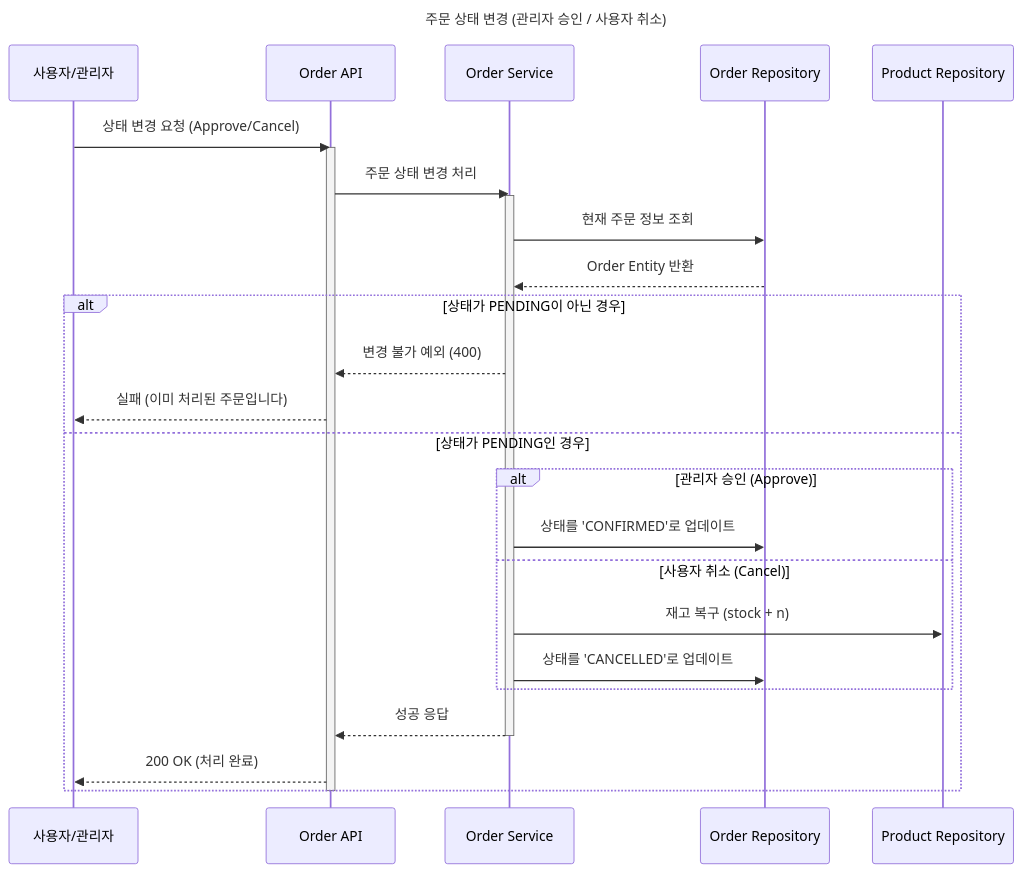
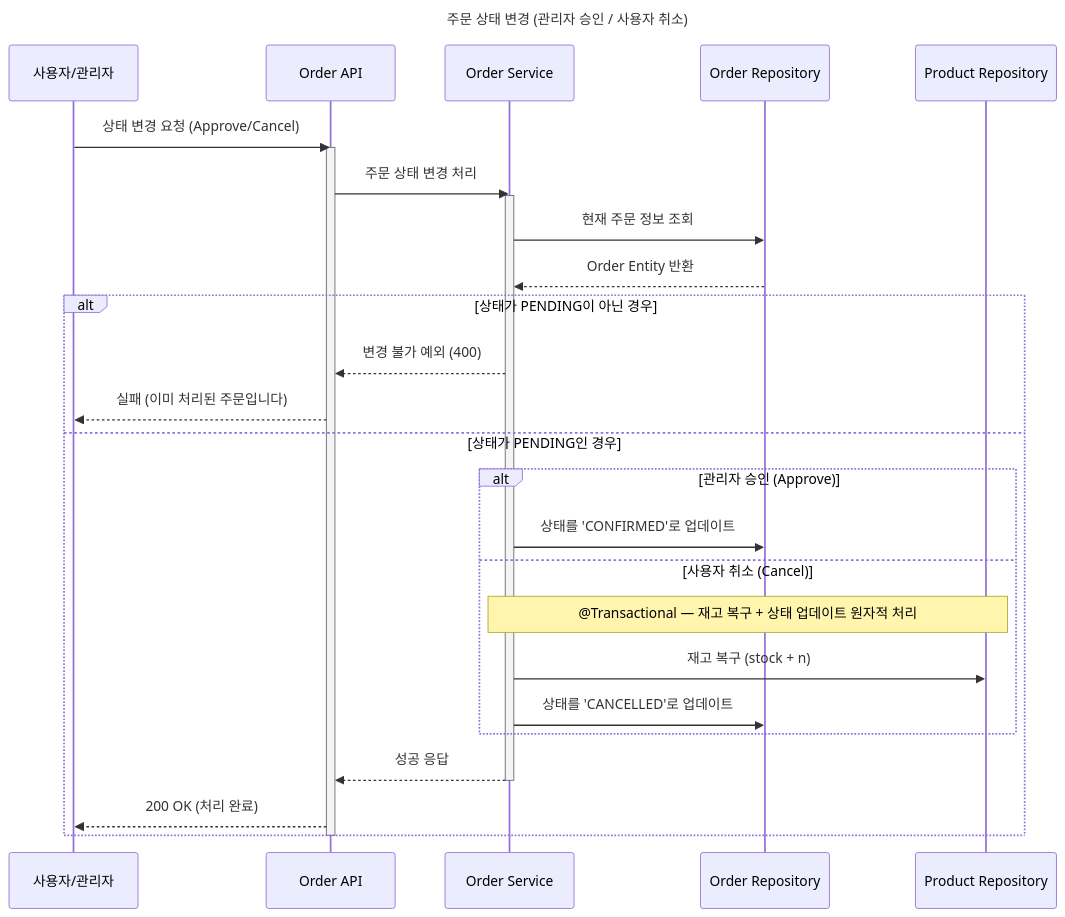
Before and after one commit to hyejin0810/loop-pack-be-l2-vol3-java: the third of 3 diagrams in docs/design/02-sequence-diagrams.md, drawn with Mermaid. The commit also changed other lines of this file and 3 other files, not shown here.

````diff
--- a/docs/design/02-sequence-diagrams.md
+++ b/docs/design/02-sequence-diagrams.md
@@ -97,38 +99,39 @@
 ```mermaid
   
   sequenceDiagram
     title: 주문 상태 변경 (관리자 승인 / 사용자 취소)
 
     %% 참여자 정의 (별칭 사용)
     participant U as 사용자/관리자
     participant API as Order API
     participant S as Order Service
     participant OR as Order Repository
     participant PR as Product Repository
 
     U->>API: 상태 변경 요청 (Approve/Cancel)
     activate API
     
     API->>S: 주문 상태 변경 처리
     activate S
     
     S->>OR: 현재 주문 정보 조회
     OR-->>S: Order Entity 반환
     
     alt 상태가 PENDING이 아닌 경우
         S-->>API: 변경 불가 예외 (400)
         API-->>U: 실패 (이미 처리된 주문입니다)
     else 상태가 PENDING인 경우
         alt 관리자 승인 (Approve)
             S->>OR: 상태를 'CONFIRMED'로 업데이트
         else 사용자 취소 (Cancel)
+            Note over S,PR: @Transactional — 재고 복구 + 상태 업데이트 원자적 처리
             S->>PR: 재고 복구 (stock + n)
             S->>OR: 상태를 'CANCELLED'로 업데이트
         end
         S-->>API: 성공 응답
         deactivate S
         API-->>U: 200 OK (처리 완료)
     end
     deactivate API
 
 ```
````
